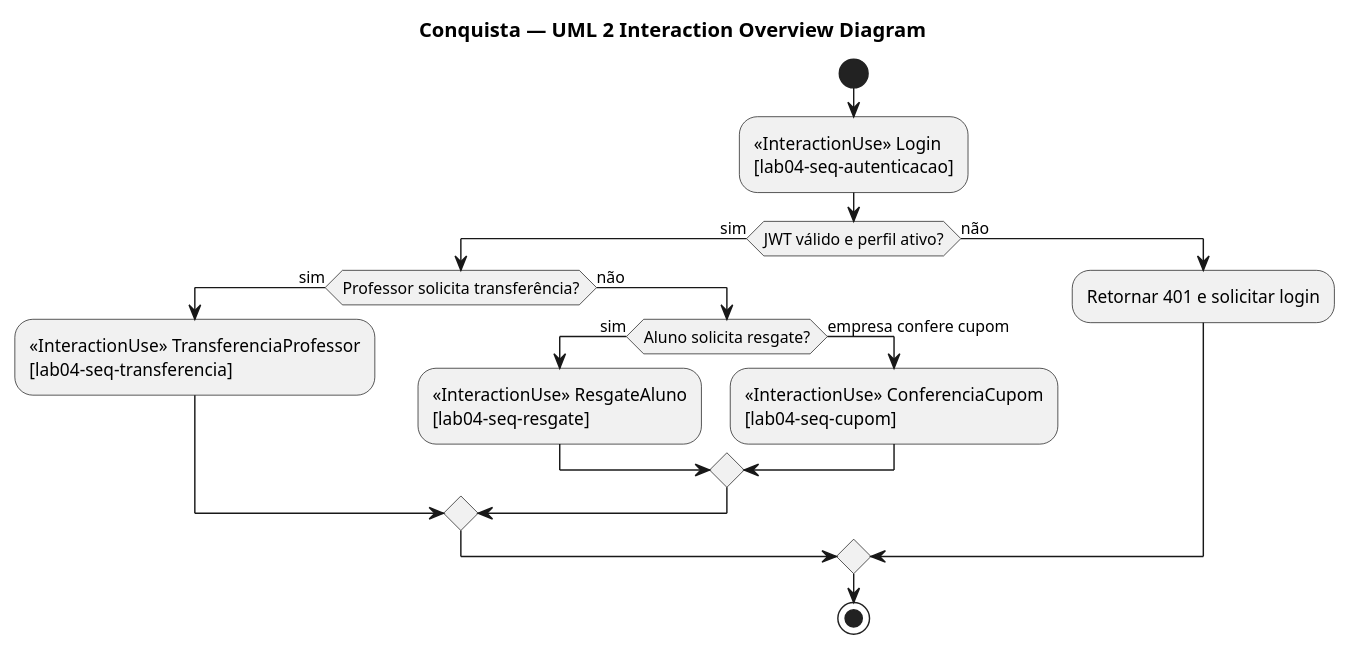
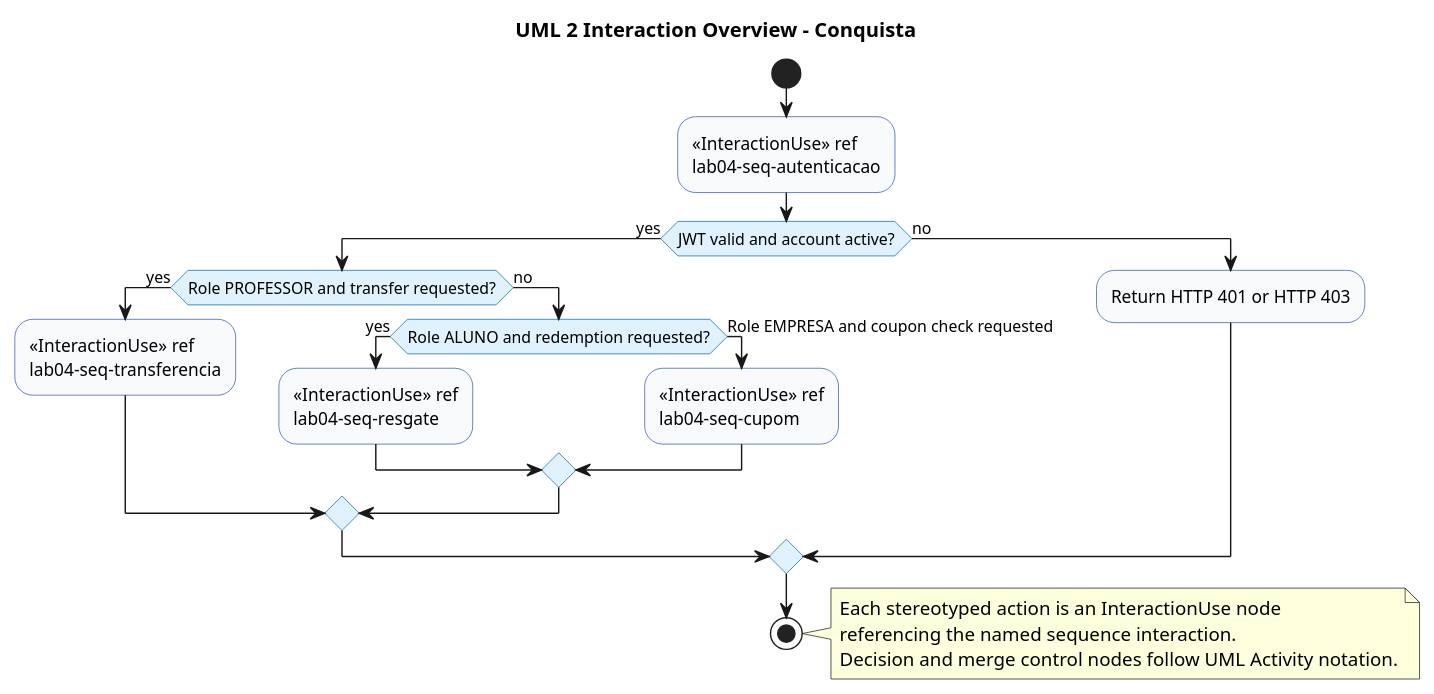
One commit to gusLeonardi/moeda-estudantil changed the diagram in docs/modelagem/lab04-visao-geral-interacao.puml. Above: the diagram before and after it, drawn with PlantUML. The commit also changed 43 other files, not shown here.

```diff
--- a/docs/modelagem/lab04-visao-geral-interacao.puml
+++ b/docs/modelagem/lab04-visao-geral-interacao.puml
@@ -1,19 +1,32 @@
 @startuml
-title Conquista — UML 2 Interaction Overview Diagram
+title UML 2 Interaction Overview - Conquista
+skinparam activity {
+  BackgroundColor #F8FAFC
+  BorderColor #3155A6
+  DiamondBackgroundColor #E0F2FE
+  DiamondBorderColor #0369A1
+}
+
 start
-:<<InteractionUse>> Login\n[lab04-seq-autenticacao];
-if (JWT válido e perfil ativo?) then (sim)
-  if (Professor solicita transferência?) then (sim)
-    :<<InteractionUse>> TransferenciaProfessor\n[lab04-seq-transferencia];
-  else (não)
-    if (Aluno solicita resgate?) then (sim)
-      :<<InteractionUse>> ResgateAluno\n[lab04-seq-resgate];
-    else (empresa confere cupom)
-      :<<InteractionUse>> ConferenciaCupom\n[lab04-seq-cupom];
+:<<InteractionUse>> ref\nlab04-seq-autenticacao;
+if (JWT valid and account active?) then (yes)
+  if (Role PROFESSOR and transfer requested?) then (yes)
+    :<<InteractionUse>> ref\nlab04-seq-transferencia;
+  else (no)
+    if (Role ALUNO and redemption requested?) then (yes)
+      :<<InteractionUse>> ref\nlab04-seq-resgate;
+    else (Role EMPRESA and coupon check requested)
+      :<<InteractionUse>> ref\nlab04-seq-cupom;
     endif
   endif
-else (não)
-  :Retornar 401 e solicitar login;
+else (no)
+  :Return HTTP 401 or HTTP 403;
 endif
 stop
+
+note right
+  Each stereotyped action is an InteractionUse node
+  referencing the named sequence interaction.
+  Decision and merge control nodes follow UML Activity notation.
+end note
 @enduml
```
